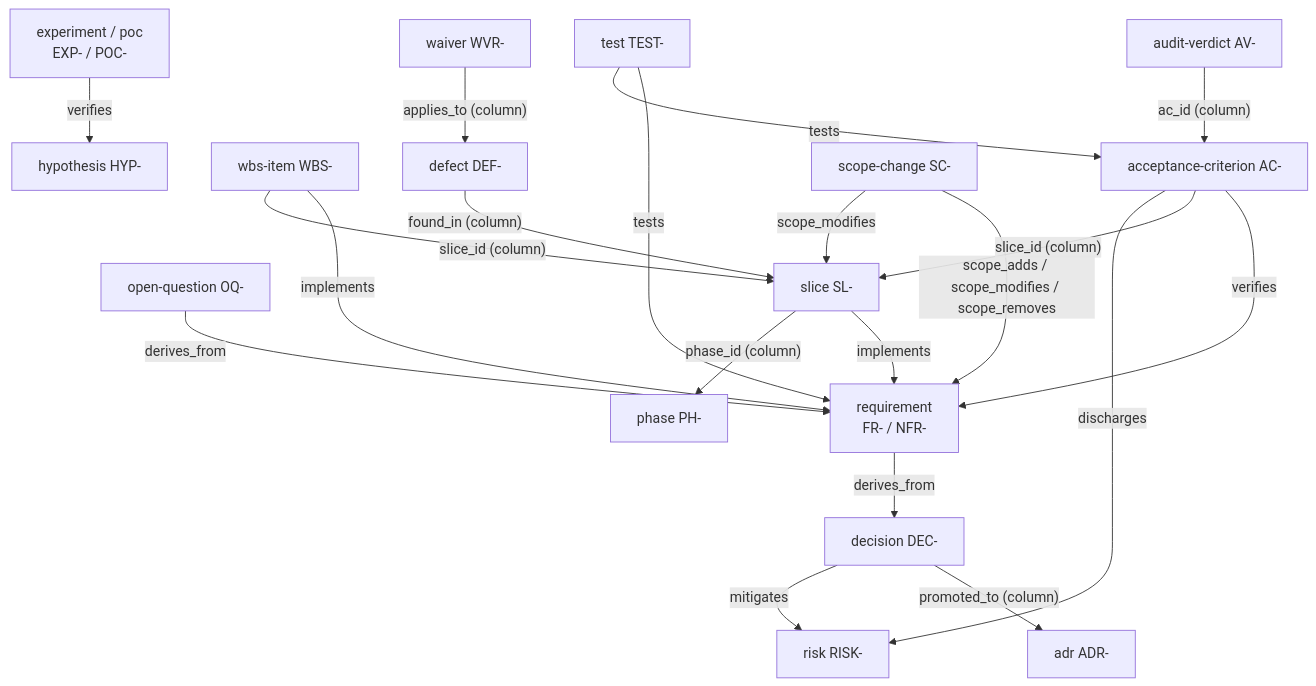
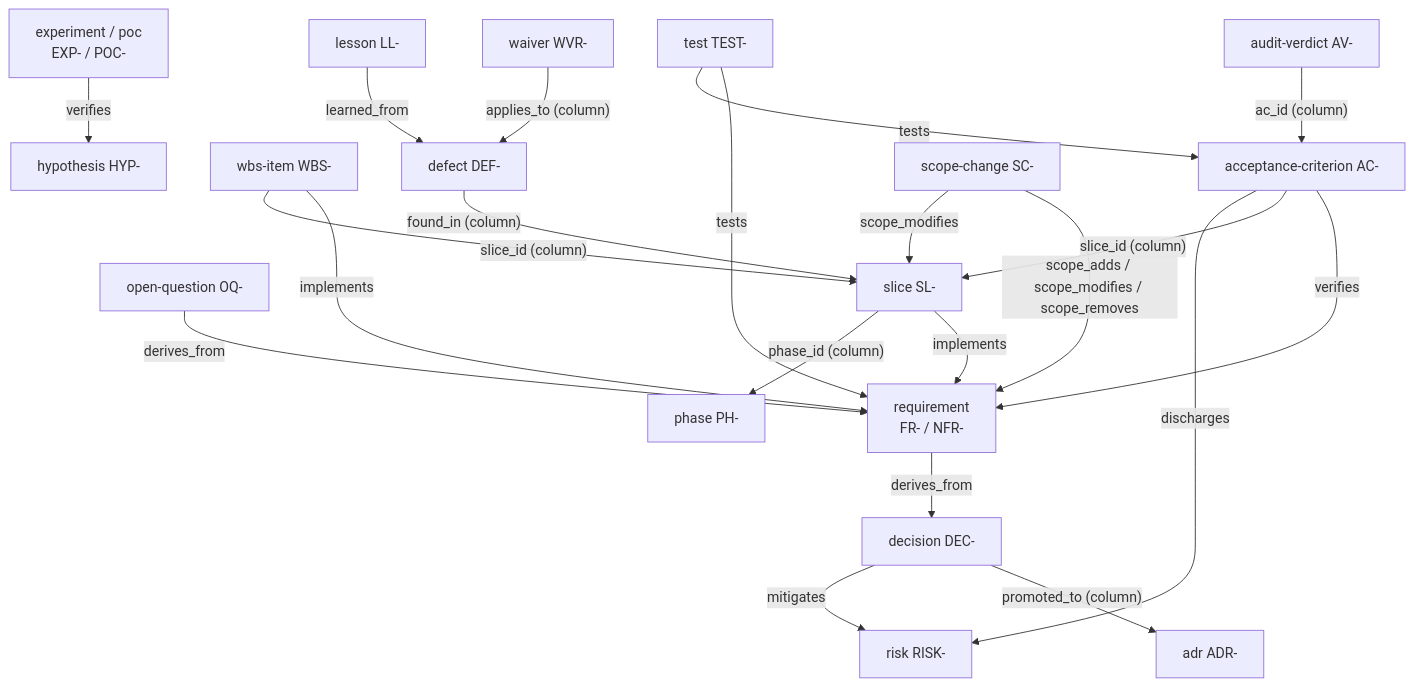
One commit to A-H-911/tamheed changed the second of 7 diagrams in docs/entities.md. Above: the diagram before and after it, drawn with Mermaid. The commit also changed other lines of this file and 84 other files, not shown here.

````diff
--- a/docs/entities.md
+++ b/docs/entities.md
@@ -78,39 +78,41 @@
 ```mermaid
 flowchart TB
     REQ["requirement<br/>FR- / NFR-"]
     DEC["decision DEC-"]
     ADR["adr ADR-"]
     RISK["risk RISK-"]
     OQ["open-question OQ-"]
     HYP["hypothesis HYP-"]
     EXP["experiment / poc<br/>EXP- / POC-"]
     PH["phase PH-"]
     SL["slice SL-"]
     WBS["wbs-item WBS-"]
     AC["acceptance-criterion AC-"]
     TEST["test TEST-"]
     AV["audit-verdict AV-"]
     DEF["defect DEF-"]
     SC["scope-change SC-"]
     WVR["waiver WVR-"]
+    LL["lesson LL-"]
 
     REQ -- "derives_from" --> DEC
     DEC -- "promoted_to (column)" --> ADR
     SL -- "implements" --> REQ
     WBS -- "implements" --> REQ
     AC -- "verifies" --> REQ
     AC -- "slice_id (column)" --> SL
     SL -- "phase_id (column)" --> PH
     WBS -- "slice_id (column)" --> SL
     TEST -- "tests" --> REQ
     TEST -- "tests" --> AC
     AV -- "ac_id (column)" --> AC
     DEF -- "found_in (column)" --> SL
     DEC -- "mitigates" --> RISK
     AC -- "discharges" --> RISK
     EXP -- "verifies" --> HYP
     OQ -- "derives_from" --> REQ
     SC -- "scope_adds / scope_modifies / scope_removes" --> REQ
     SC -- "scope_modifies" --> SL
     WVR -- "applies_to (column)" --> DEF
+    LL -- "learned_from" --> DEF
 ```
````
